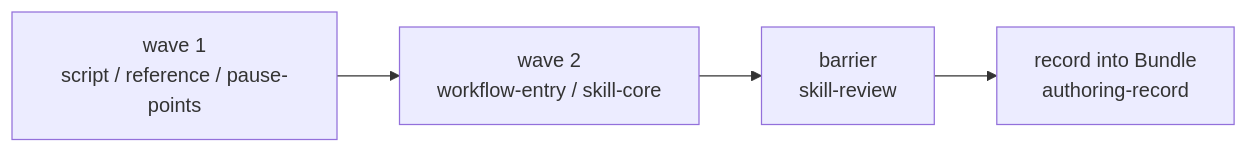
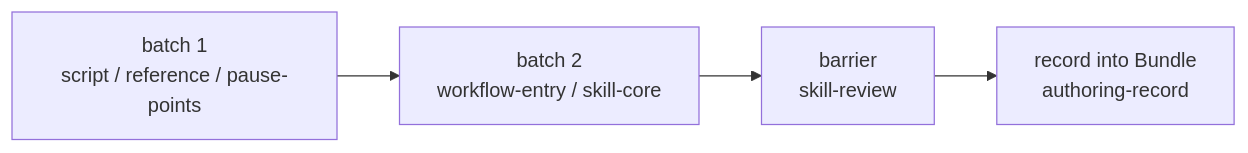
The second of 2 diagrams in en/cli/bundle.mdx (rpamis/comet-website-docs), drawn with Mermaid before and after one commit. The commit also changed other lines of this file and 102 other files, not shown here.

````diff
--- a/en/cli/bundle.mdx
+++ b/en/cli/bundle.mdx
@@ -63,6 +63,6 @@
 ```mermaid
 flowchart LR
-    W1["wave 1<br/>script / reference / pause-points"] --> W2["wave 2<br/>workflow-entry / skill-core"]
+    W1["batch 1<br/>script / reference / pause-points"] --> W2["batch 2<br/>workflow-entry / skill-core"]
     W2 --> B["barrier<br/>skill-review"]
     B --> R["record into Bundle<br/>authoring-record"]
 ```
````
